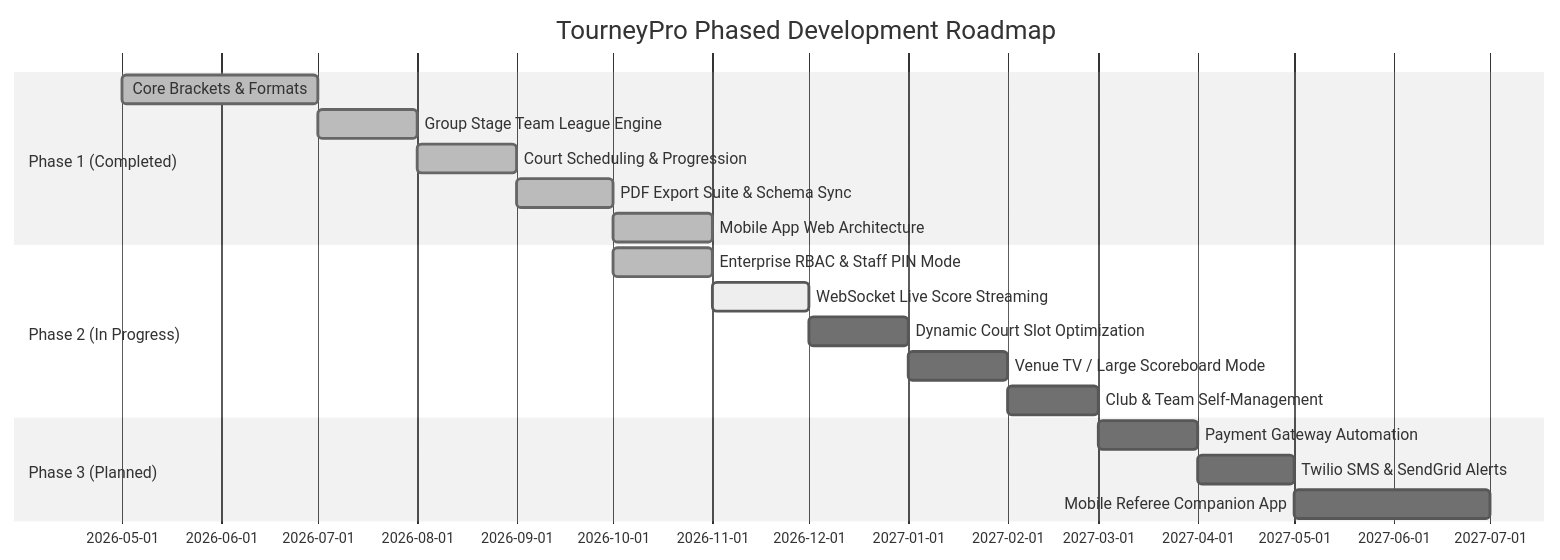
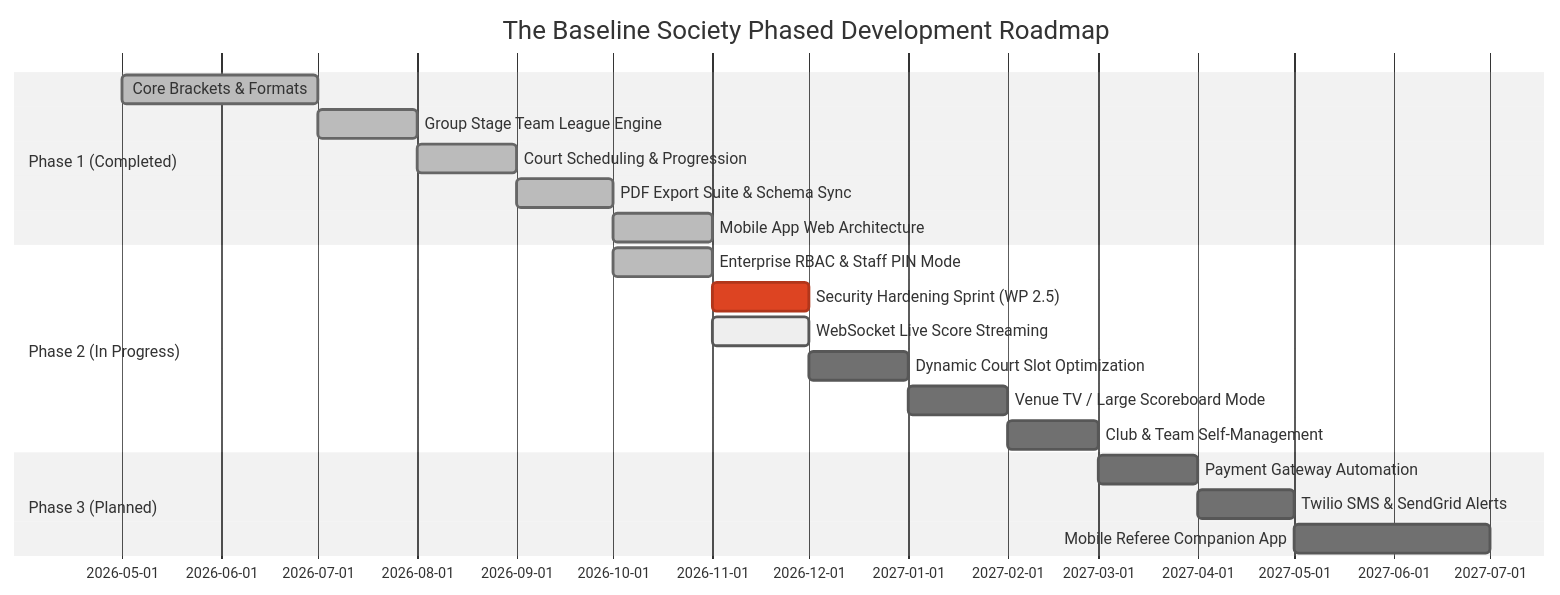
Before and after one commit to rahilmehta-24/TourneyPro: the diagram in docs/PLAN.md, drawn with Mermaid (neutral theme). The commit also changed other lines of this file and 21 other files, not shown here.

Commit message:
feat: add role aliases, public schemas, and security hardening for tournament staff access

````diff
--- a/docs/PLAN.md
+++ b/docs/PLAN.md
@@ -14,21 +14,22 @@
 ```mermaid
 gantt
-    title TourneyPro Phased Development Roadmap
+    title The Baseline Society Phased Development Roadmap
     dateFormat  YYYY-MM
     section Phase 1 (Completed)
     Core Brackets & Formats           :done, 2026-05, 2026-07
     Group Stage Team League Engine    :done, 2026-07, 2026-08
     Court Scheduling & Progression    :done, 2026-08, 2026-09
     PDF Export Suite & Schema Sync    :done, 2026-09, 2026-10
     Mobile App Web Architecture       :done, 2026-10, 2026-11
     section Phase 2 (In Progress)
     Enterprise RBAC & Staff PIN Mode  :done, 2026-10, 2026-11
+    Security Hardening Sprint (WP 2.5) :crit, 2026-11, 2026-12
     WebSocket Live Score Streaming    :active, 2026-11, 2026-12
     Dynamic Court Slot Optimization   :2026-12, 2027-01
     Venue TV / Large Scoreboard Mode  :2027-01, 2027-02
     Club & Team Self-Management       :2027-02, 2027-03
     section Phase 3 (Planned)
     Payment Gateway Automation        :2027-03, 2027-04
     Twilio SMS & SendGrid Alerts      :2027-04, 2027-05
     Mobile Referee Companion App      :2027-05, 2027-07
 ```
````
